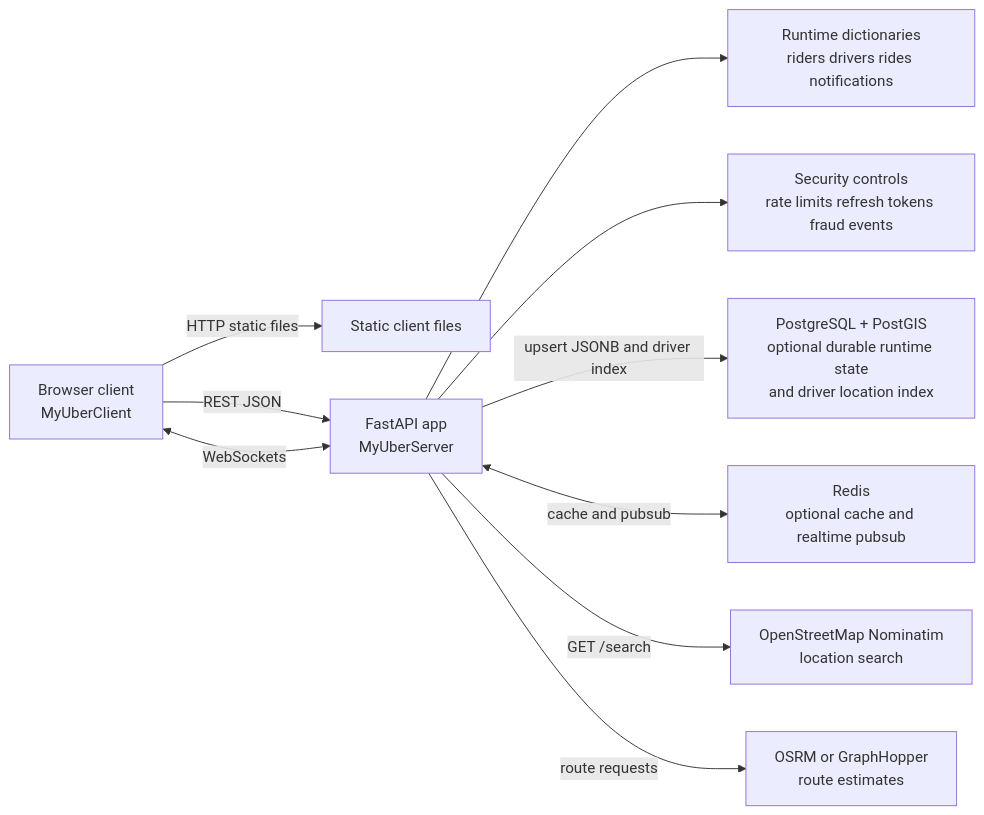
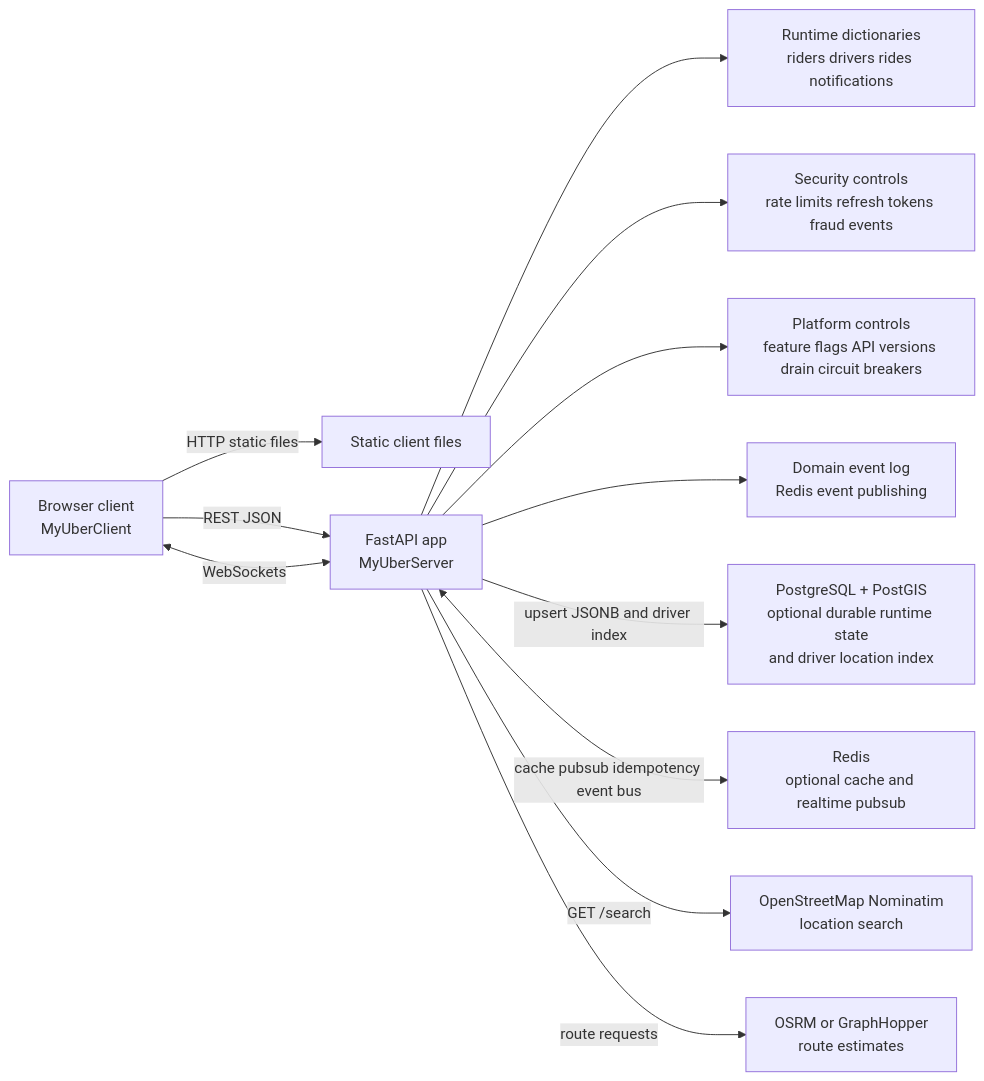
The first of 4 diagrams in docs/ARCHITECTURE.md (Killdroid2342/UberCloneServer), drawn with Mermaid before and after one commit. The commit also changed other lines of this file and 6 other files, not shown here.

````diff
--- a/docs/ARCHITECTURE.md
+++ b/docs/ARCHITECTURE.md
@@ -9,22 +9,26 @@
 ```mermaid
 flowchart LR
     Browser["Browser client\nMyUberClient"]
     Static["Static client files"]
     API["FastAPI app\nMyUberServer"]
     Runtime["Runtime dictionaries\nriders drivers rides notifications"]
     Security["Security controls\nrate limits refresh tokens fraud events"]
+    Platform["Platform controls\nfeature flags API versions drain circuit breakers"]
+    Events["Domain event log\nRedis event publishing"]
     Postgres["PostgreSQL + PostGIS\noptional durable runtime state\nand driver location index"]
     Redis["Redis\noptional cache and realtime pubsub"]
     Nominatim["OpenStreetMap Nominatim\nlocation search"]
     Routing["OSRM or GraphHopper\nroute estimates"]
 
     Browser -->|HTTP static files| Static
     Browser -->|REST JSON| API
     Browser <-->|WebSockets| API
     API --> Runtime
     API --> Security
+    API --> Platform
+    API --> Events
     API -->|upsert JSONB and driver index| Postgres
-    API <-->|cache and pubsub| Redis
+    API <-->|cache pubsub idempotency event bus| Redis
     API -->|GET /search| Nominatim
     API -->|route requests| Routing
 ```
````
